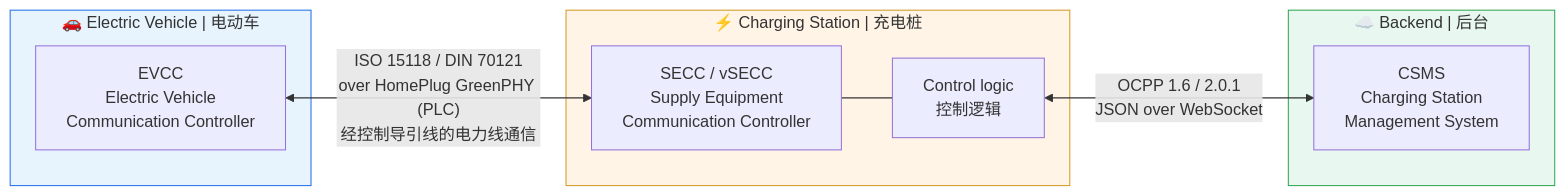
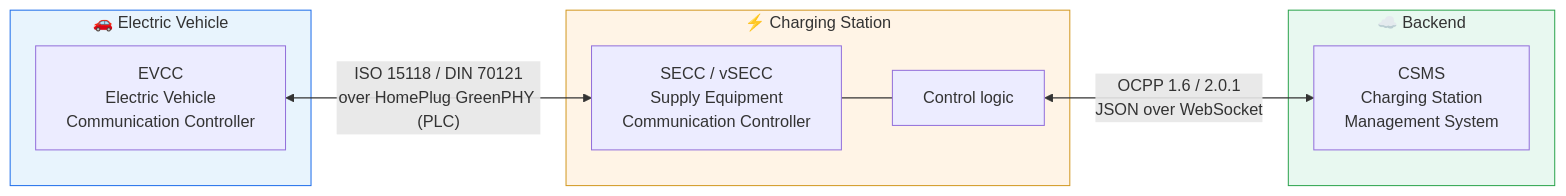
The diagram in README.md (Yihao23/ev-charging-lab), drawn with Mermaid before and after one commit. The commit also changed other lines of this file and 1 other file, not shown here.

````diff
--- a/README.md
+++ b/README.md
@@ -18,23 +16,23 @@
 ```mermaid
 graph LR
-    subgraph Car["🚗 Electric Vehicle | 电动车"]
+    subgraph Car["🚗 Electric Vehicle"]
         EVCC["EVCC<br/>Electric Vehicle<br/>Communication Controller"]
     end
 
-    subgraph Station["⚡ Charging Station | 充电桩"]
+    subgraph Station["⚡ Charging Station"]
         SECC["SECC / vSECC<br/>Supply Equipment<br/>Communication Controller"]
-        LOGIC["Control logic<br/>控制逻辑"]
+        LOGIC["Control logic"]
         SECC --- LOGIC
     end
 
-    subgraph Backend["☁️ Backend | 后台"]
+    subgraph Backend["☁️ Backend"]
         CSMS["CSMS<br/>Charging Station<br/>Management System"]
     end
 
-    EVCC <-->|"ISO 15118 / DIN 70121<br/>over HomePlug GreenPHY (PLC)<br/>经控制导引线的电力线通信"| SECC
+    EVCC <-->|"ISO 15118 / DIN 70121<br/>over HomePlug GreenPHY (PLC)"| SECC
     LOGIC <-->|"OCPP 1.6 / 2.0.1<br/>JSON over WebSocket"| CSMS
 
     style Car fill:#e8f4fd,stroke:#1f6feb
     style Station fill:#fff4e6,stroke:#d29922
     style Backend fill:#e8f8f0,stroke:#2da44e
 ```
````
